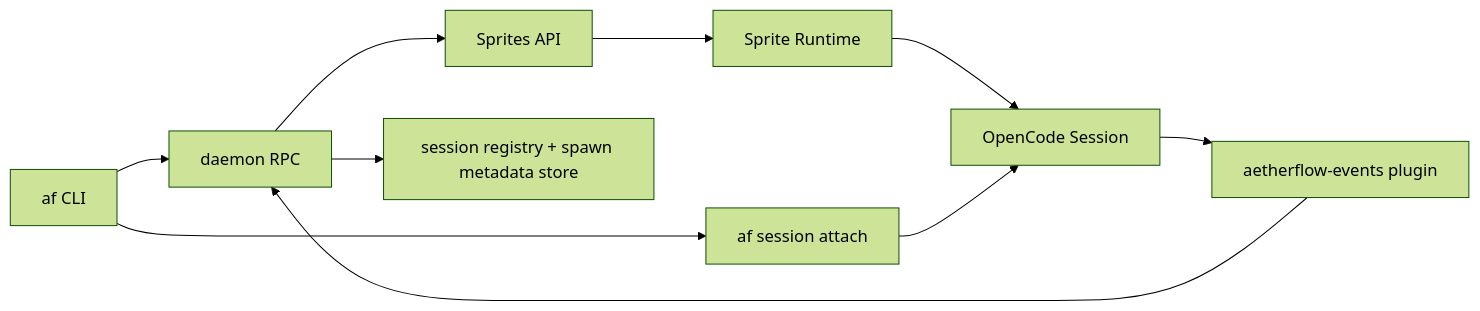
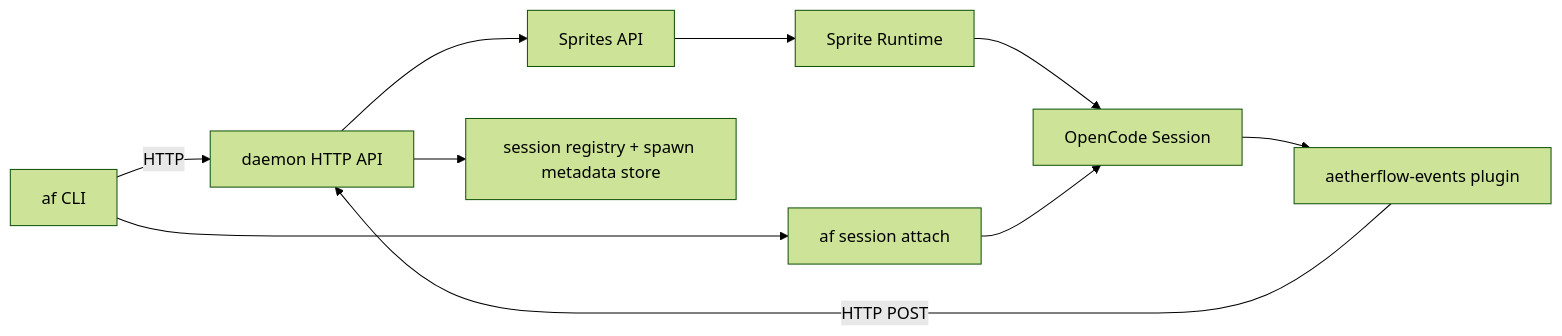
The diagram in docs/plans/2026-02-20-feat-sprites-first-remote-agent-spawn-plan.md (baiirun/aetherflow), drawn with Mermaid (forest theme) before and after one commit. The commit also changed other lines of this file and 1 other file, not shown here.

First line of the commit message:
chore: update plan and brainstorm for HTTP daemon transport

````diff
--- a/docs/plans/2026-02-20-feat-sprites-first-remote-agent-spawn-plan.md
+++ b/docs/plans/2026-02-20-feat-sprites-first-remote-agent-spawn-plan.md
@@ -233,12 +274,12 @@
 ```mermaid
 flowchart LR
-  U[af CLI] --> D[daemon RPC]
+  U[af CLI] -->|HTTP| D[daemon HTTP API]
   D --> P[Sprites API]
   P --> S[Sprite Runtime]
   S --> O[OpenCode Session]
   O --> E[aetherflow-events plugin]
-  E --> D
+  E -->|HTTP POST| D
   D --> R[session registry + spawn metadata store]
   U --> A[af session attach]
   A --> O
 ```
````
